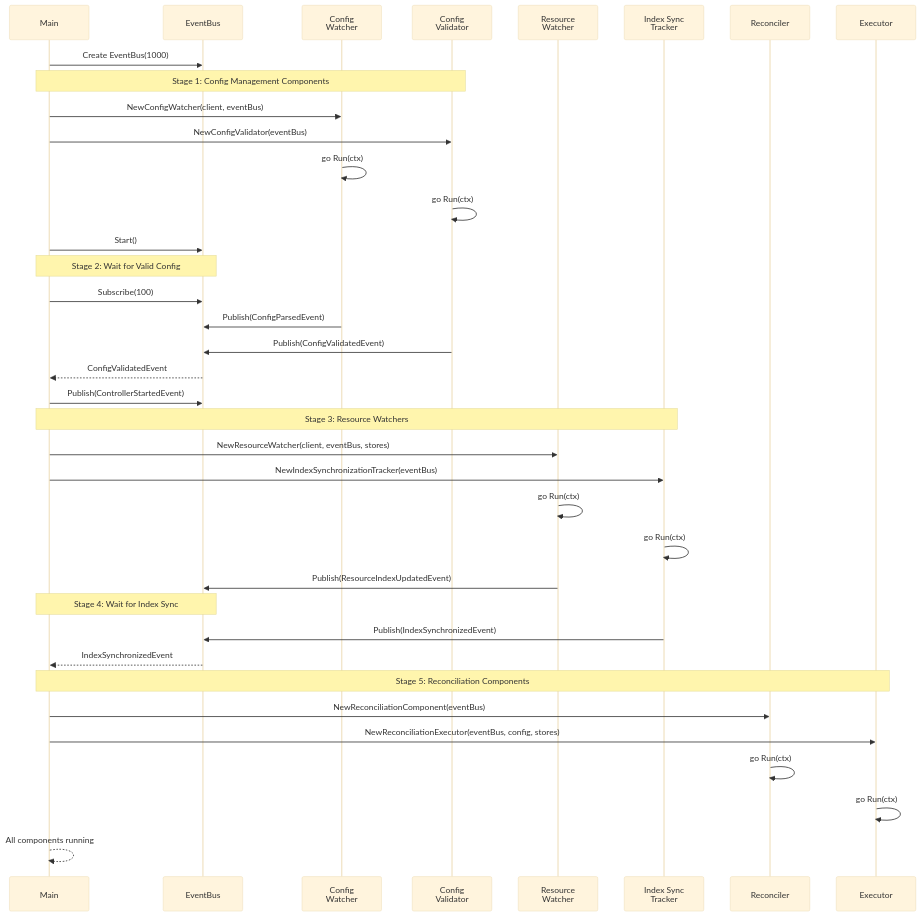
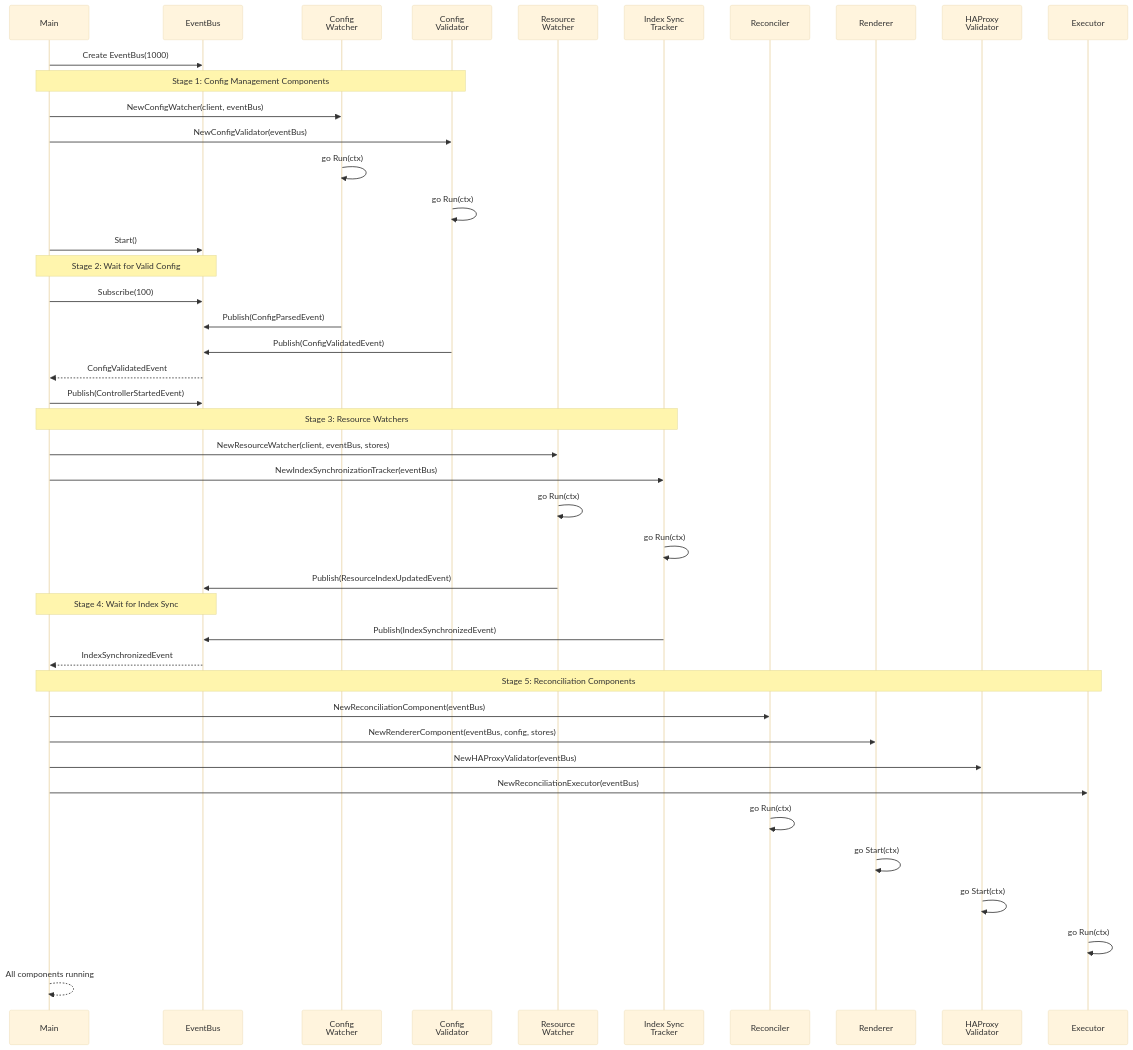
One commit to phihos/haproxy-template-ingress-controller changed the fourth of 11 diagrams in docs/development/design.md. Above: the diagram before and after it, drawn with Mermaid (base theme). The commit also changed other lines of this file and 15 other files, not shown here.

````diff
--- a/docs/development/design.md
+++ b/docs/development/design.md
@@ -480,47 +483,53 @@
 ```mermaid
 sequenceDiagram
     participant Main
     participant EventBus
     participant ConfigWatcher as Config<br/>Watcher
     participant ConfigValidator as Config<br/>Validator
     participant ResourceWatcher as Resource<br/>Watcher
     participant IndexTracker as Index Sync<br/>Tracker
     participant Reconciler
+    participant Renderer
+    participant Validator as HAProxy<br/>Validator
     participant Executor
 
     Main->>EventBus: Create EventBus(1000)
 
     Note over Main,ConfigValidator: Stage 1: Config Management Components
     Main->>ConfigWatcher: NewConfigWatcher(client, eventBus)
     Main->>ConfigValidator: NewConfigValidator(eventBus)
     ConfigWatcher->>ConfigWatcher: go Run(ctx)
     ConfigValidator->>ConfigValidator: go Run(ctx)
     Main->>EventBus: Start()
 
     Note over Main,EventBus: Stage 2: Wait for Valid Config
     Main->>EventBus: Subscribe(100)
     ConfigWatcher->>EventBus: Publish(ConfigParsedEvent)
     ConfigValidator->>EventBus: Publish(ConfigValidatedEvent)
     EventBus-->>Main: ConfigValidatedEvent
     Main->>EventBus: Publish(ControllerStartedEvent)
 
     Note over Main,IndexTracker: Stage 3: Resource Watchers
     Main->>ResourceWatcher: NewResourceWatcher(client, eventBus, stores)
     Main->>IndexTracker: NewIndexSynchronizationTracker(eventBus)
     ResourceWatcher->>ResourceWatcher: go Run(ctx)
     IndexTracker->>IndexTracker: go Run(ctx)
 
     ResourceWatcher->>EventBus: Publish(ResourceIndexUpdatedEvent)
 
     Note over Main,EventBus: Stage 4: Wait for Index Sync
     IndexTracker->>EventBus: Publish(IndexSynchronizedEvent)
     EventBus-->>Main: IndexSynchronizedEvent
 
     Note over Main,Executor: Stage 5: Reconciliation Components
     Main->>Reconciler: NewReconciliationComponent(eventBus)
-    Main->>Executor: NewReconciliationExecutor(eventBus, config, stores)
+    Main->>Renderer: NewRendererComponent(eventBus, config, stores)
+    Main->>Validator: NewHAProxyValidator(eventBus)
+    Main->>Executor: NewReconciliationExecutor(eventBus)
     Reconciler->>Reconciler: go Run(ctx)
+    Renderer->>Renderer: go Start(ctx)
+    Validator->>Validator: go Start(ctx)
     Executor->>Executor: go Run(ctx)
 
     Main-->>Main: All components running
 ```
````
